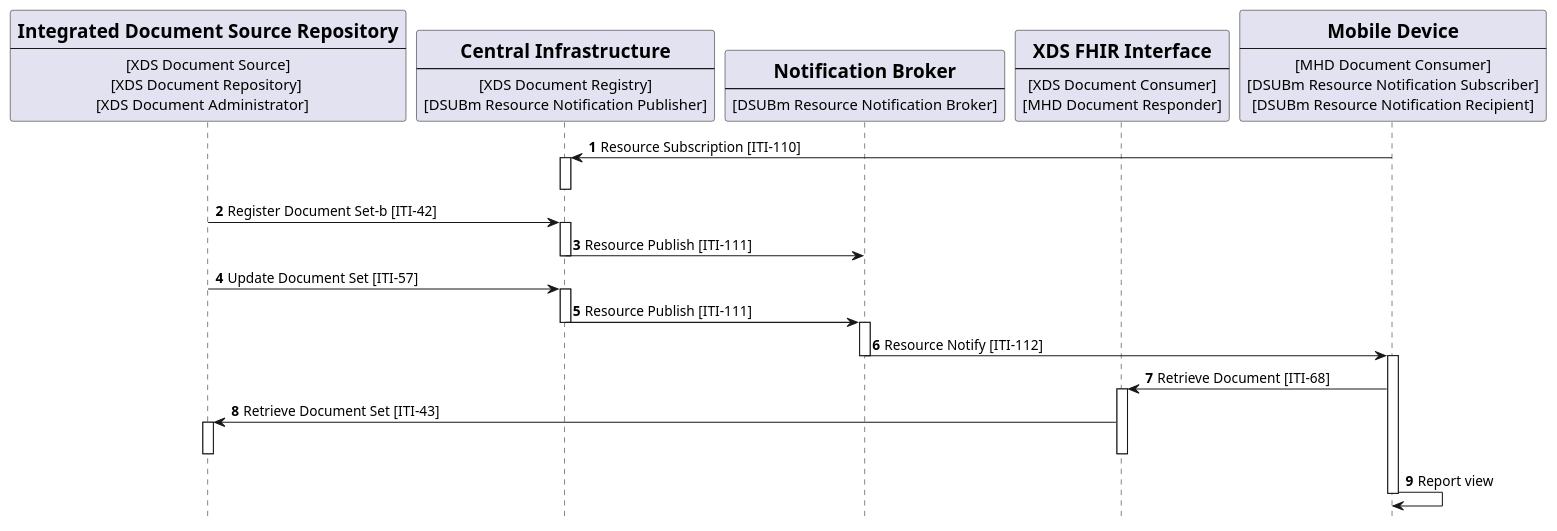
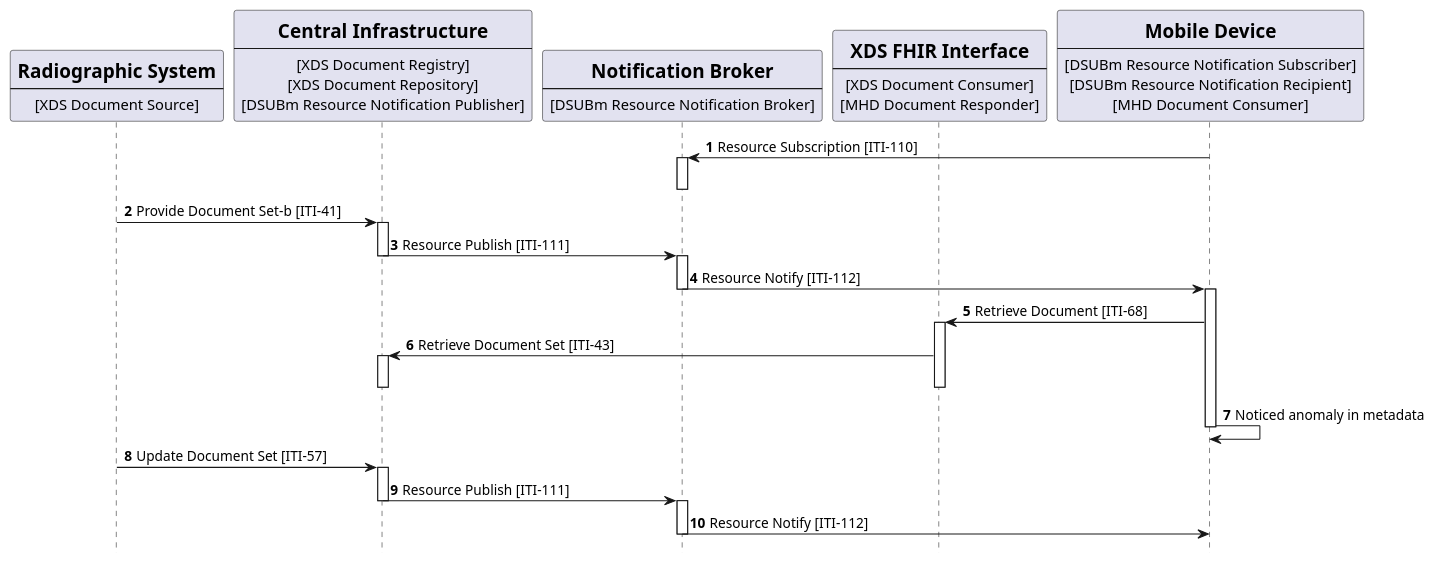
The diagram in input/images-source/usecase6-processflow.plantuml (IHE/ITI.DSUBm), drawn with PlantUML before and after one commit. The commit also changed 3 other files, not shown here.

```diff
--- a/input/images-source/usecase6-processflow.plantuml
+++ b/input/images-source/usecase6-processflow.plantuml
@@ -1,70 +1,77 @@
 @startuml
 skinparam svgDimensionStyle false
 hide footbox
-/'title "Subscription with DSUBm on MHD on FHIR infrastructure from Mobile Device" '/
 
-participant Repository [
-    =Integrated Document Source Repository
+/'title "Subscription with DSUBm on XDS on FHIR infrastructure with update "'/
+
+participant Source [
+    =Radiographic System
     ----
     [XDS Document Source]
-    [XDS Document Repository] 
-    [XDS Document Administrator]   
 ] 
 
-participant Central [
+participant Registry [
     =Central Infrastructure
     ----
     [XDS Document Registry]
+    [XDS Document Repository]
     [DSUBm Resource Notification Publisher]
-] 
+    ] 
 
 participant Broker [
     =Notification Broker
     ----
     [DSUBm Resource Notification Broker]
 ] 
 
 participant XDSonFHIR [
     =XDS FHIR Interface
     ----
     [XDS Document Consumer]
     [MHD Document Responder]
 ] 
 
-participant MobileDevice [
-    =Mobile Device
+
+participant App [
+    = Mobile Device
     ----
-    [MHD Document Consumer]
     [DSUBm Resource Notification Subscriber]
     [DSUBm Resource Notification Recipient]
+    [MHD Document Consumer]
 ] 
-autonumber 1 "<b>"
-MobileDevice -> Central: Resource Subscription [ITI-110]
-activate Central
-deactivate Central
+
+autonumber "<b>"
+App -> Broker: Resource Subscription [ITI-110]
+activate Broker
+deactivate Broker
+
+Source -> Registry: Provide Document Set-b [ITI-41]
+activate Registry
+Registry -> Broker: Resource Publish [ITI-111]
+deactivate Registry
+activate Broker
+Broker -> App: Resource Notify [ITI-112]
+deactivate Broker
+activate App 
+deactivate Broker
+App -> XDSonFHIR: Retrieve Document [ITI-68]
+activate XDSonFHIR
+XDSonFHIR -> Registry: Retrieve Document Set [ITI-43]
+activate Registry
+deactivate XDSonFHIR
+deactivate Registry
+App -> App: Noticed anomaly in metadata
+deactivate App
 
 
-Repository -> Central: Register Document Set-b [ITI-42]
-activate Central
-Central -> Broker :  Resource Publish [ITI-111]
-deactivate Central
+Source ->Registry: Update Document Set [ITI-57]
+activate Registry
+Registry -> Broker: Resource Publish [ITI-111]
+deactivate Registry
+activate Broker
+Broker -> App: Resource Notify [ITI-112]
+deactivate Broker
 
-Repository -> Central: Update Document Set [ITI-57]
-activate Central
-Central -> Broker :  Resource Publish [ITI-111]
-deactivate Central
-activate Broker
-Broker -> MobileDevice: Resource Notify [ITI-112]
-deactivate Broker
-activate MobileDevice
-MobileDevice -> XDSonFHIR: Retrieve Document [ITI-68]
-activate XDSonFHIR
-XDSonFHIR -> Repository: Retrieve Document Set [ITI-43]
-activate Repository
-deactivate XDSonFHIR
-deactivate Repository
-MobileDevice -> MobileDevice: Report view
-deactivate MobileDevice
 
 
 @enduml
```
